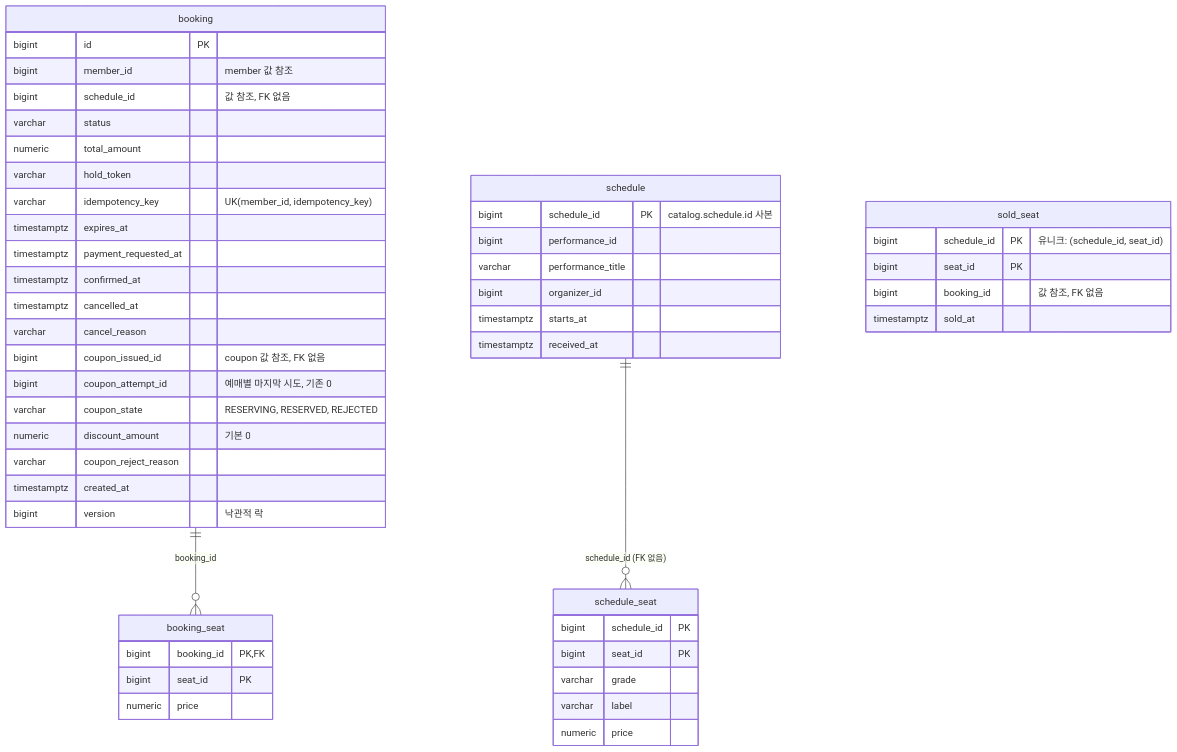
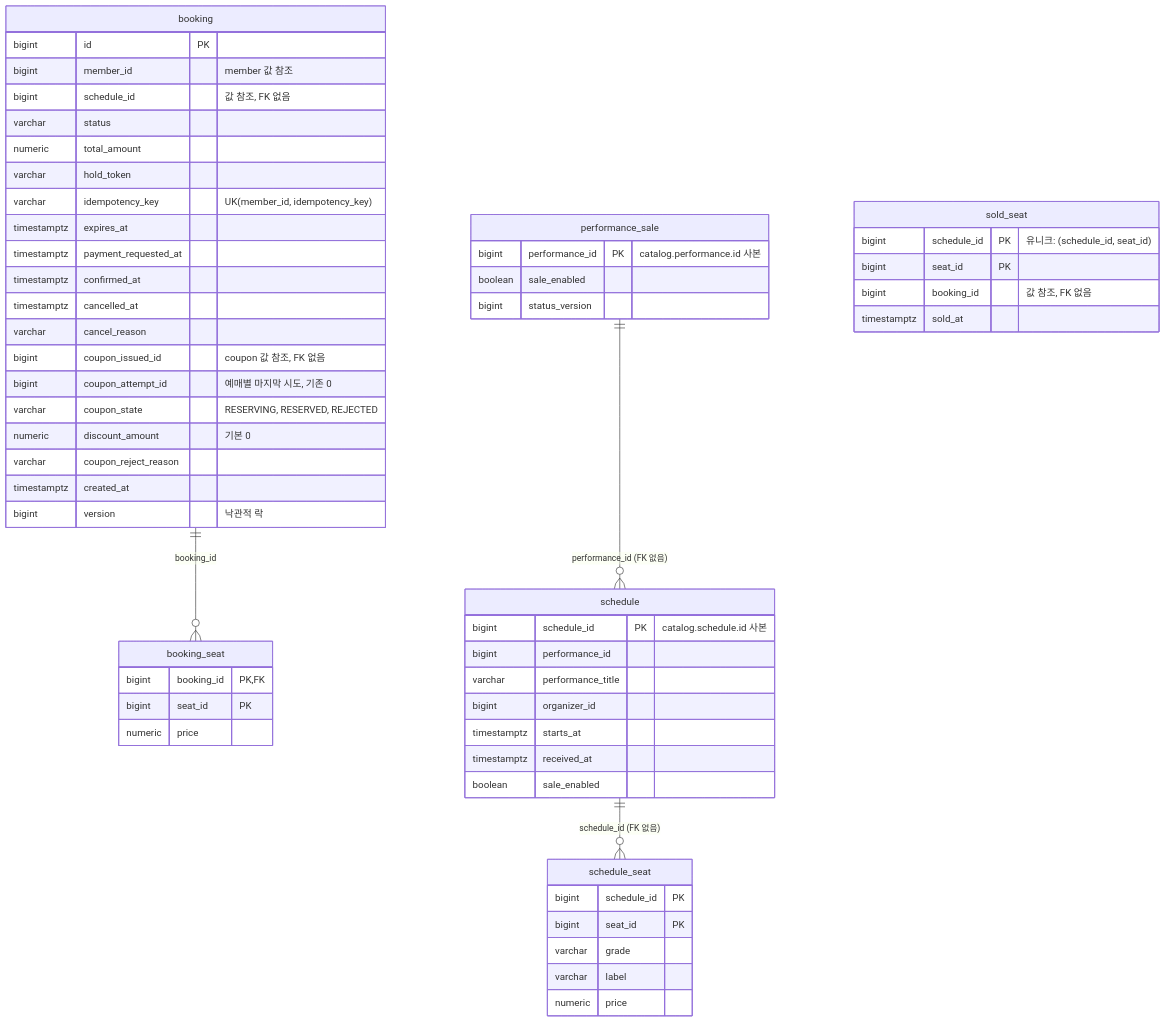
Before and after one commit to jkonury/ticketing: the third of 7 diagrams in docs/architecture/erd.md, drawn with Mermaid. The commit also changed other lines of this file and 9 other files, not shown here.

````diff
--- a/docs/architecture/erd.md
+++ b/docs/architecture/erd.md
@@ -91,52 +94,59 @@
 ```mermaid
 erDiagram
     booking ||--o{ booking_seat : "booking_id"
     schedule ||--o{ schedule_seat : "schedule_id (FK 없음)"
+    performance_sale ||--o{ schedule : "performance_id (FK 없음)"
+    performance_sale {
+        bigint performance_id PK "catalog.performance.id 사본"
+        boolean sale_enabled
+        bigint status_version
+    }
     schedule {
         bigint schedule_id PK "catalog.schedule.id 사본"
         bigint performance_id
         varchar performance_title
         bigint organizer_id
         timestamptz starts_at
         timestamptz received_at
+        boolean sale_enabled
     }
     schedule_seat {
         bigint schedule_id PK
         bigint seat_id PK
         varchar grade
         varchar label
         numeric price
     }
     booking {
         bigint id PK
         bigint member_id "member 값 참조"
         bigint schedule_id "값 참조, FK 없음"
         varchar status
         numeric total_amount
         varchar hold_token
         varchar idempotency_key "UK(member_id, idempotency_key)"
         timestamptz expires_at
         timestamptz payment_requested_at
         timestamptz confirmed_at
         timestamptz cancelled_at
         varchar cancel_reason
         bigint coupon_issued_id "coupon 값 참조, FK 없음"
         bigint coupon_attempt_id "예매별 마지막 시도, 기존 0"
         varchar coupon_state "RESERVING, RESERVED, REJECTED"
         numeric discount_amount "기본 0"
         varchar coupon_reject_reason
         timestamptz created_at
         bigint version "낙관적 락"
     }
     booking_seat {
         bigint booking_id PK, FK
         bigint seat_id PK
         numeric price
     }
     sold_seat {
         bigint schedule_id PK "유니크: (schedule_id, seat_id)"
         bigint seat_id PK
         bigint booking_id "값 참조, FK 없음"
         timestamptz sold_at
     }
 ```
````
